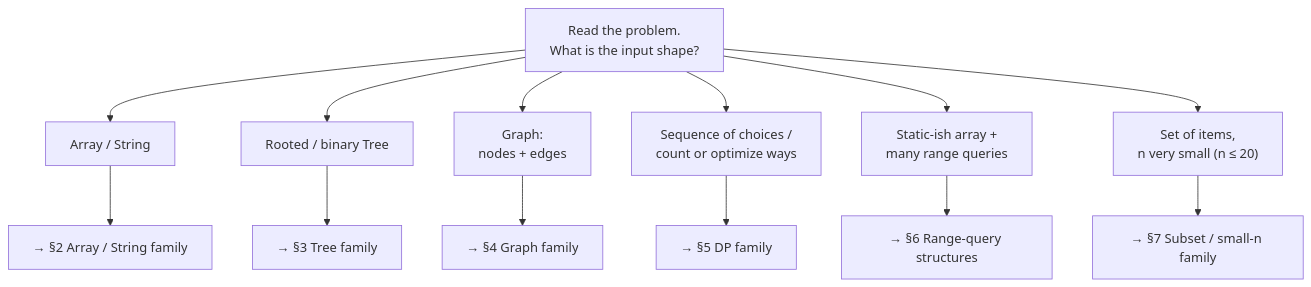
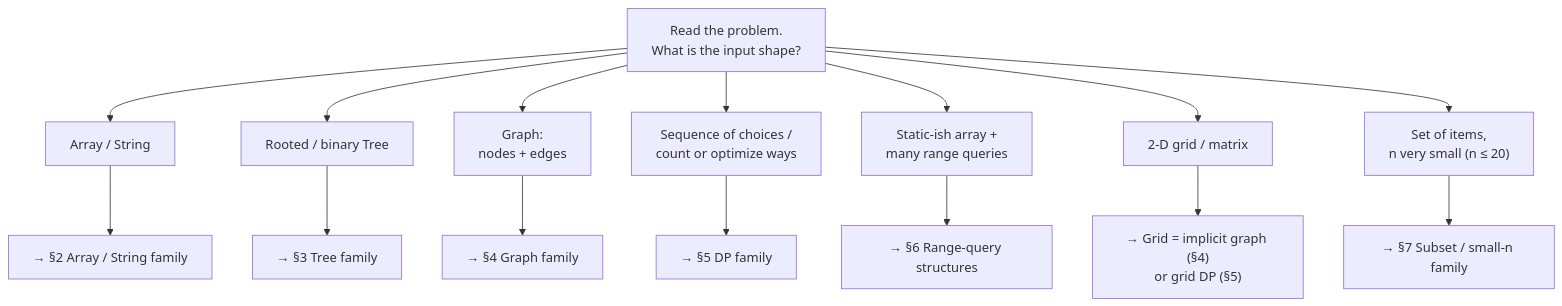
One commit to phuongdinh1411/cses-analyses changed the first of 7 diagrams in pattern/DecisionMap.md. Above: the diagram before and after it, drawn with Mermaid. The commit also changed other lines of this file, not shown here.

First line of the commit message:
feat: add Grid branch + worked routing examples to Decision Map

````diff
--- a/pattern/DecisionMap.md
+++ b/pattern/DecisionMap.md
@@ -48,18 +49,20 @@
 ```mermaid
 graph TD
     START["Read the problem.<br/>What is the input shape?"]
 
     START --> ARR["Array / String"]
     START --> TREE["Rooted / binary Tree"]
     START --> GRAPH["Graph:<br/>nodes + edges"]
     START --> CHOICE["Sequence of choices /<br/>count or optimize ways"]
     START --> RANGE["Static-ish array +<br/>many range queries"]
+    START --> GRID["2-D grid / matrix"]
     START --> SMALL["Set of items,<br/>n very small (n ≤ 20)"]
 
     ARR --> AFAM["→ §2 Array / String family"]
     TREE --> TFAM["→ §3 Tree family"]
     GRAPH --> GFAM["→ §4 Graph family"]
     CHOICE --> DFAM["→ §5 DP family"]
     RANGE --> RFAM["→ §6 Range-query structures"]
+    GRID --> GRFAM["→ Grid = implicit graph (§4)<br/>or grid DP (§5)"]
     SMALL --> SFAM["→ §7 Subset / small-n family"]
 ```
````
